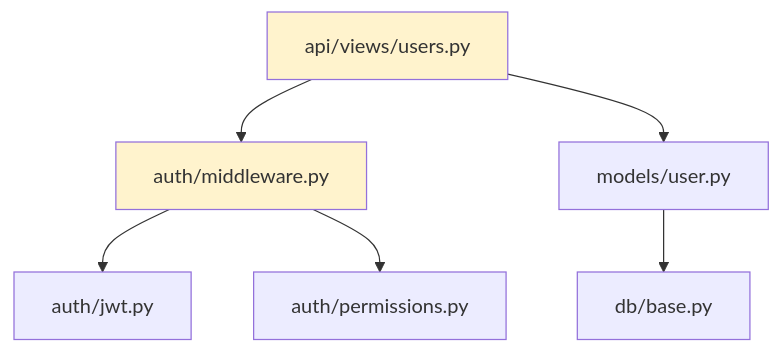
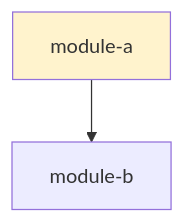
Before and after one commit to NguyenNhan1610/codex-copilot-plugin-cc: the first of 4 diagrams in plugins/ai/skills/fdr/references/fdr-template.md, drawn with Mermaid. The commit also changed other lines of this file and 16 other files, not shown here.

First line of the commit message:
Optimize prompts: slim templates, split usage guide, trim mermaid blocks, bump to 4.3.1

````diff
--- a/plugins/ai/skills/fdr/references/fdr-template.md
+++ b/plugins/ai/skills/fdr/references/fdr-template.md
@@ -41,11 +36,5 @@
 ```mermaid
 graph TD
-    A[auth/middleware.py] --> B[auth/jwt.py]
-    A --> C[auth/permissions.py]
-    D[api/views/users.py] --> A
-    D --> E[models/user.py]
-    E --> F[db/base.py]
-
-    style D fill:#fff3cd
+    A[module-a] --> B[module-b]
     style A fill:#fff3cd
 ```
````
